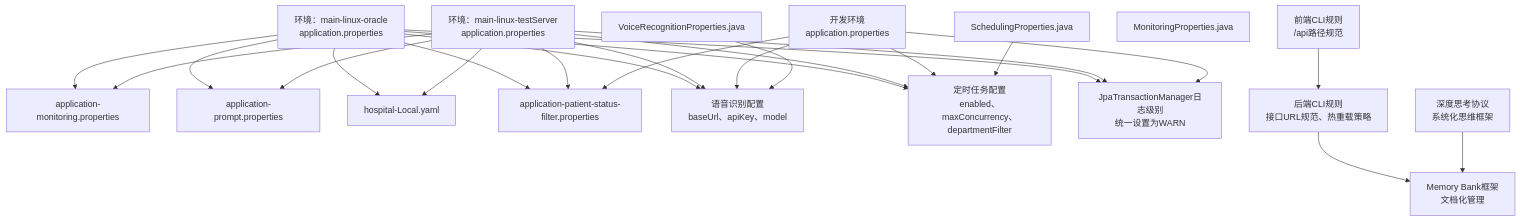
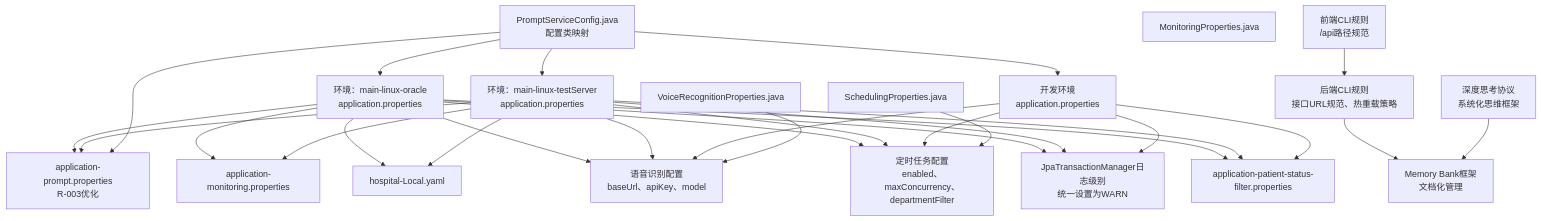
One commit to liuzh2008/med_ai_assistant_workspace changed the second of 3 diagrams in .qoder/repowiki/zh/content/配置管理/配置管理.md. Above: the diagram before and after it, drawn with Mermaid. The commit also changed other lines of this file and 5 other files, not shown here.

````diff
--- a/.qoder/repowiki/zh/content/配置管理/配置管理.md
+++ b/.qoder/repowiki/zh/content/配置管理/配置管理.md
@@ -210,43 +222,48 @@
 ```mermaid
 graph TB
 ENV_ORA["环境：main-linux-oracle<br/>application.properties"]
 ENV_TEST["环境：main-linux-testServer<br/>application.properties"]
 DEV_ENV["开发环境<br/>application.properties"]
 MONITOR["application-monitoring.properties"]
-PROMPT["application-prompt.properties"]
+PROMPT["application-prompt.properties<br/>R-003优化"]
+PROMPT_CLASS["PromptServiceConfig.java<br/>配置类映射"]
 HOSP["hospital-Local.yaml"]
 VOICE_CLASS["VoiceRecognitionProperties.java"]
 SCHEDULING_CLASS["SchedulingProperties.java"]
 MONITORING_CLASS["MonitoringProperties.java"]
 FILTER_CONFIG["application-patient-status-filter.properties"]
 VOICE_CONFIG["语音识别配置<br/>baseUrl、apiKey、model"]
 SCHEDULING_CONFIG["定时任务配置<br/>enabled、maxConcurrency、departmentFilter"]
 TXN_LEVEL["JpaTransactionManager日志级别<br/>统一设置为WARN"]
 CLI_BACKEND["后端CLI规则<br/>接口URL规范、热重载策略"]
 CLI_FRONTEND["前端CLI规则<br/>/api路径规范"]
 MEMORY_BANK["Memory Bank框架<br/>文档化管理"]
 THINK_PROTOCOL["深度思考协议<br/>系统化思维框架"]
 ENV_ORA --> MONITOR
 ENV_TEST --> MONITOR
 ENV_ORA --> PROMPT
 ENV_TEST --> PROMPT
 ENV_ORA --> HOSP
 ENV_TEST --> HOSP
 ENV_ORA --> VOICE_CONFIG
 ENV_TEST --> VOICE_CONFIG
 DEV_ENV --> VOICE_CONFIG
 VOICE_CLASS --> VOICE_CONFIG
 ENV_ORA --> SCHEDULING_CONFIG
 ENV_TEST --> SCHEDULING_CONFIG
 DEV_ENV --> SCHEDULING_CONFIG
 SCHEDULING_CLASS --> SCHEDULING_CONFIG
 ENV_ORA --> TXN_LEVEL
 ENV_TEST --> TXN_LEVEL
 DEV_ENV --> TXN_LEVEL
 ENV_ORA --> FILTER_CONFIG
 ENV_TEST --> FILTER_CONFIG
 DEV_ENV --> FILTER_CONFIG
+PROMPT_CLASS --> PROMPT
+PROMPT_CLASS --> ENV_ORA
+PROMPT_CLASS --> ENV_TEST
+PROMPT_CLASS --> DEV_ENV
 CLI_BACKEND --> MEMORY_BANK
 CLI_FRONTEND --> CLI_BACKEND
 THINK_PROTOCOL --> MEMORY_BANK
 ```
````
